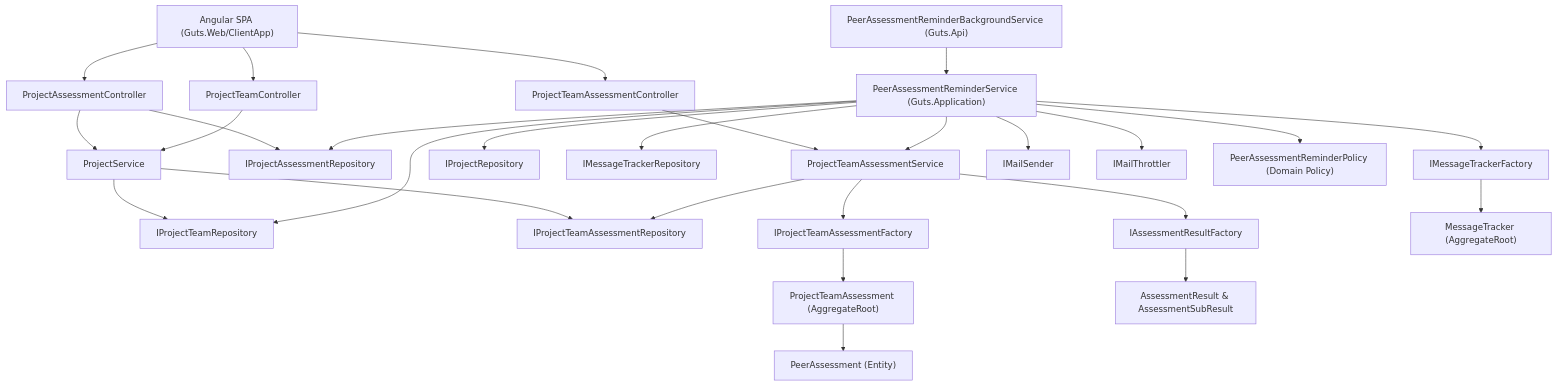
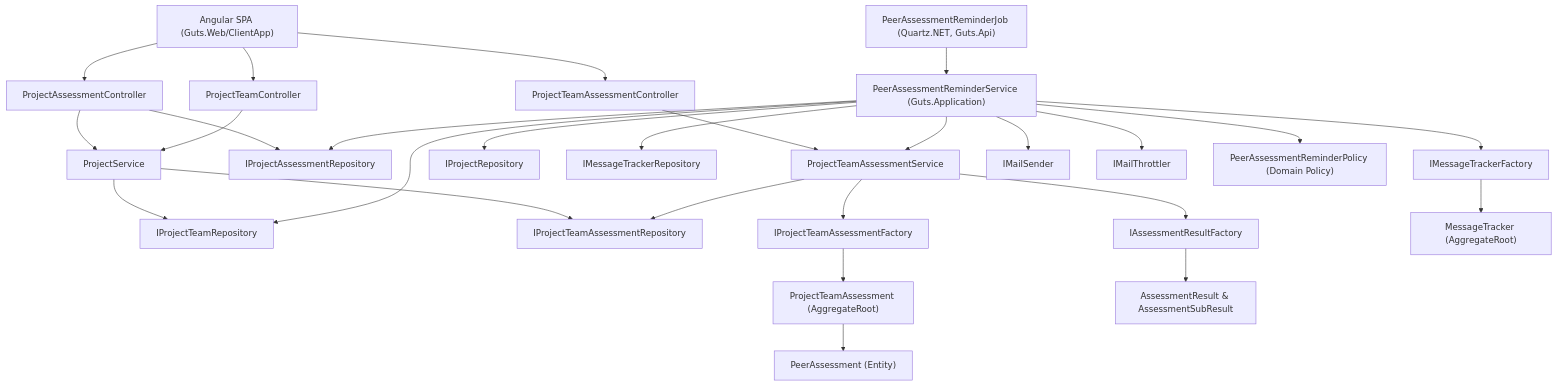
The diagram in Backoffice/specs/001-peer-assessments/design.md (PXL-IT-NET/Guts), drawn with Mermaid before and after one commit. The commit also changed other lines of this file and 46 other files, not shown here.

````diff
--- a/Backoffice/specs/001-peer-assessments/design.md
+++ b/Backoffice/specs/001-peer-assessments/design.md
@@ -13,30 +13,30 @@
 ```mermaid
 flowchart TD
     SPA["Angular SPA (Guts.Web/ClientApp)"] --> PAC["ProjectAssessmentController"]
     SPA --> PTAC["ProjectTeamAssessmentController"]
     SPA --> PTC["ProjectTeamController"]
     PAC --> PS["ProjectService"]
     PTC --> PS
     PS --> PTR["IProjectTeamRepository"]
     PS --> PTAR["IProjectTeamAssessmentRepository"]
     PAC --> PAR["IProjectAssessmentRepository"]
     PTAC --> PTAS["ProjectTeamAssessmentService"]
     PTAS --> PTAR
     PTAS --> PTAF["IProjectTeamAssessmentFactory"]
     PTAS --> ARF["IAssessmentResultFactory"]
     PTAF --> PTA["ProjectTeamAssessment (AggregateRoot)"]
     PTA --> PA["PeerAssessment (Entity)"]
     ARF --> AR["AssessmentResult & AssessmentSubResult"]
 
-    PARBS["PeerAssessmentReminderBackgroundService (Guts.Api)"] --> PARS["PeerAssessmentReminderService (Guts.Application)"]
+    PARJ["PeerAssessmentReminderJob (Quartz.NET, Guts.Api)"] --> PARS["PeerAssessmentReminderService (Guts.Application)"]
     PARS --> PAR["IProjectAssessmentRepository"]
     PARS --> PR["IProjectRepository"]
     PARS --> PTR
     PARS --> PTAS
     PARS --> MTR["IMessageTrackerRepository"]
     PARS --> MTF["IMessageTrackerFactory"]
     PARS --> MS["IMailSender"]
     PARS --> MT["IMailThrottler"]
     MTF --> MTA["MessageTracker (AggregateRoot)"]
     PARS --> PARP["PeerAssessmentReminderPolicy (Domain Policy)"]
 ```
````
